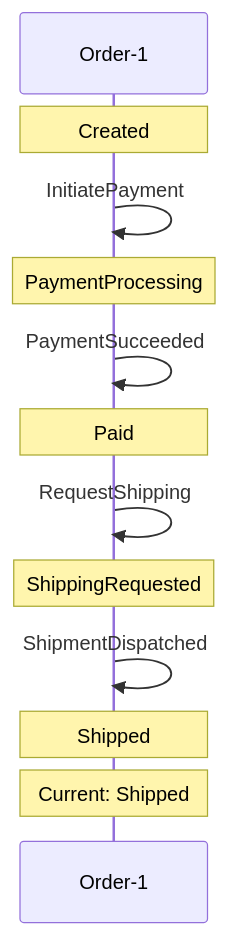
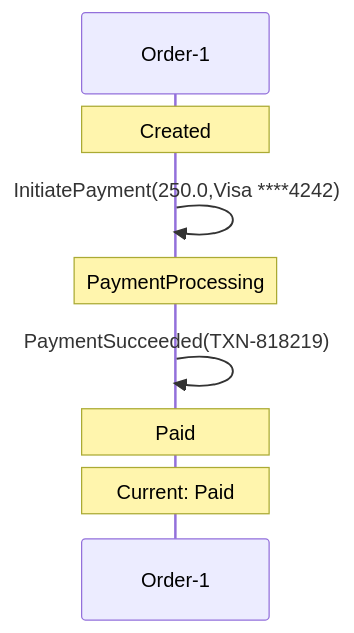
One commit to Iterable/mechanoid changed the second of 3 diagrams in docs/visualizations/order-1-trace.md. Above: the diagram before and after it, drawn with Mermaid. The commit also changed other lines of this file and 33 other files, not shown here.

````diff
--- a/docs/visualizations/order-1-trace.md
+++ b/docs/visualizations/order-1-trace.md
@@ -56,14 +45,10 @@
 ```mermaid
 sequenceDiagram
     participant FSM as Order-1
     Note over FSM: Created
-    FSM->>FSM: InitiatePayment
+    FSM->>FSM: InitiatePayment(250.0,Visa ****4242)
     Note over FSM: PaymentProcessing
-    FSM->>FSM: PaymentSucceeded
+    FSM->>FSM: PaymentSucceeded(TXN-818219)
     Note over FSM: Paid
-    FSM->>FSM: RequestShipping
-    Note over FSM: ShippingRequested
-    FSM->>FSM: ShipmentDispatched
-    Note over FSM: Shipped
-    Note over FSM: Current: Shipped
+    Note over FSM: Current: Paid
 ```
````
